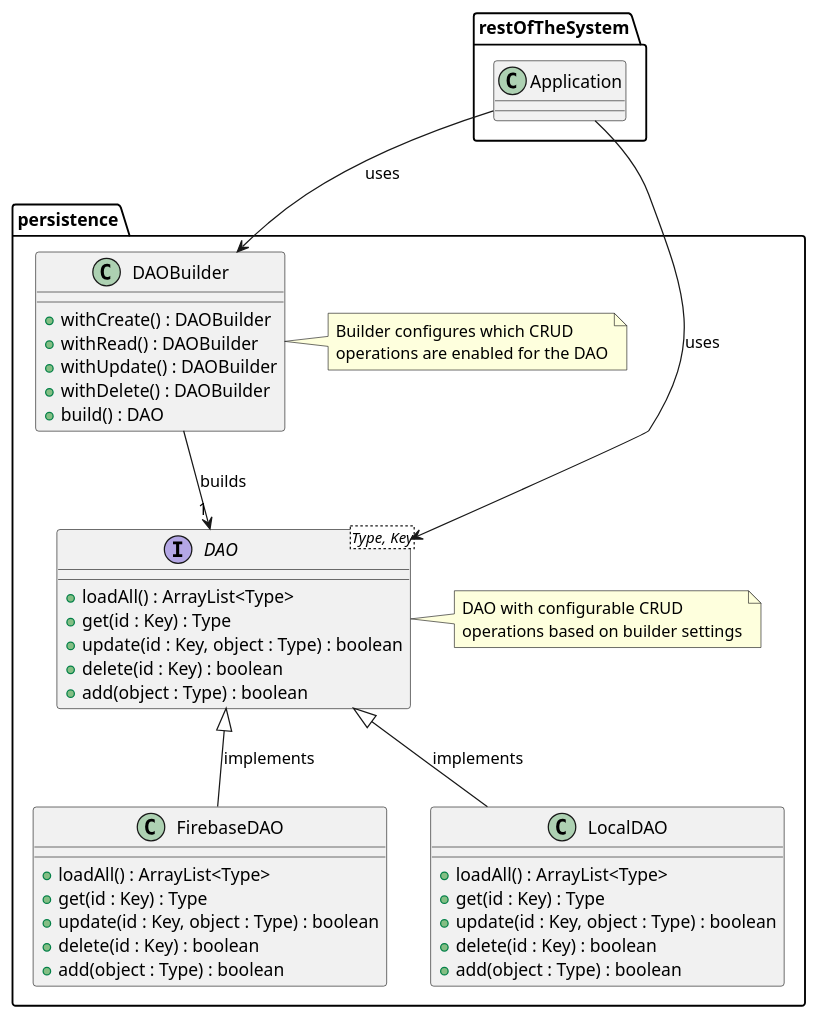
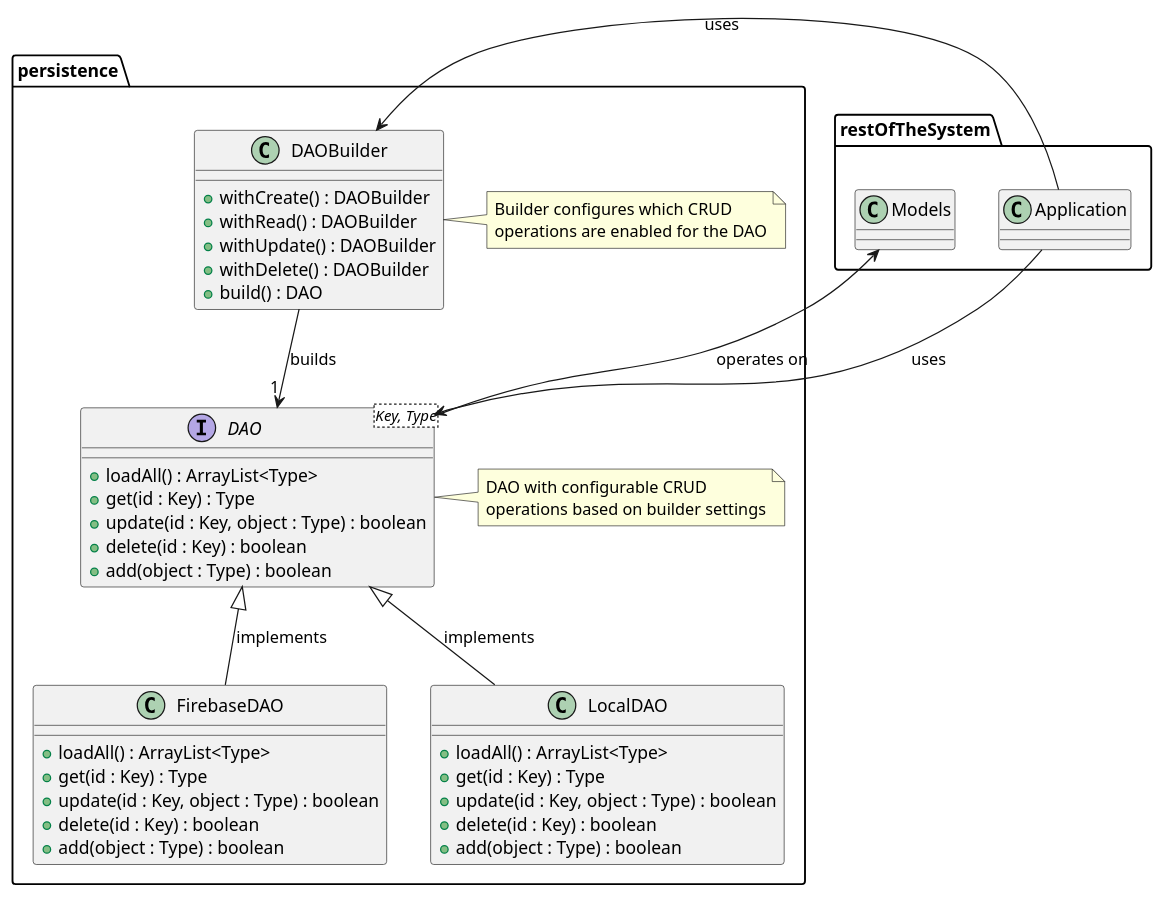
The diagram in docs/diagrams/systems.puml (SverreNystad/besieged), drawn with PlantUML before and after one commit.

Commit message:
docs: add dao operates on models in rest of application

```diff
--- a/docs/diagrams/systems.puml
+++ b/docs/diagrams/systems.puml
@@ -1,51 +1,52 @@
 @startuml
 
 package persistence {
 
     class DAOBuilder {
         +withCreate() : DAOBuilder
         +withRead() : DAOBuilder
         +withUpdate() : DAOBuilder
         +withDelete() : DAOBuilder
         +build() : DAO
     }
 
-    interface DAO<Type, Key> {
+    interface DAO<Key, Type> {
         +loadAll() : ArrayList<Type>
         +get(id : Key) : Type
         +update(id : Key, object : Type) : boolean
         +delete(id : Key) : boolean
         +add(object : Type) : boolean
     }
 
     class FirebaseDAO {
         +loadAll() : ArrayList<Type>
         +get(id : Key) : Type
         +update(id : Key, object : Type) : boolean
         +delete(id : Key) : boolean
         +add(object : Type) : boolean
     }
 
     class LocalDAO {
         +loadAll() : ArrayList<Type>
         +get(id : Key) : Type
         +update(id : Key, object : Type) : boolean
         +delete(id : Key) : boolean
         +add(object : Type) : boolean
     }
 
     DAOBuilder --> "1" DAO : builds
     DAO <|-- FirebaseDAO : implements
     DAO <|-- LocalDAO : implements
 
     note right of DAOBuilder : Builder configures which CRUD\noperations are enabled for the DAO
-
     note right of DAO : DAO with configurable CRUD\noperations based on builder settings
 }
 
 package restOfTheSystem {
     Application --> DAOBuilder : uses
     Application --> DAO  : uses
+    DAO --> Models : operates on
+
 }
 
 @enduml
```
